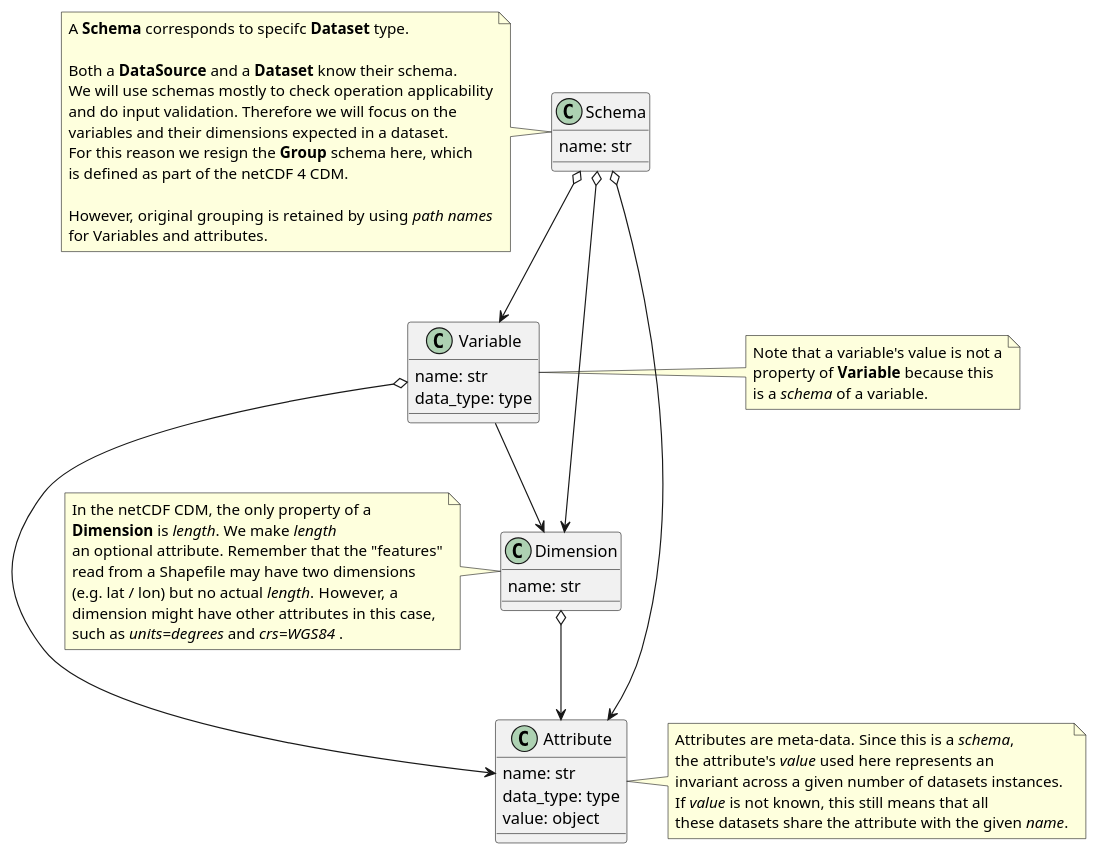
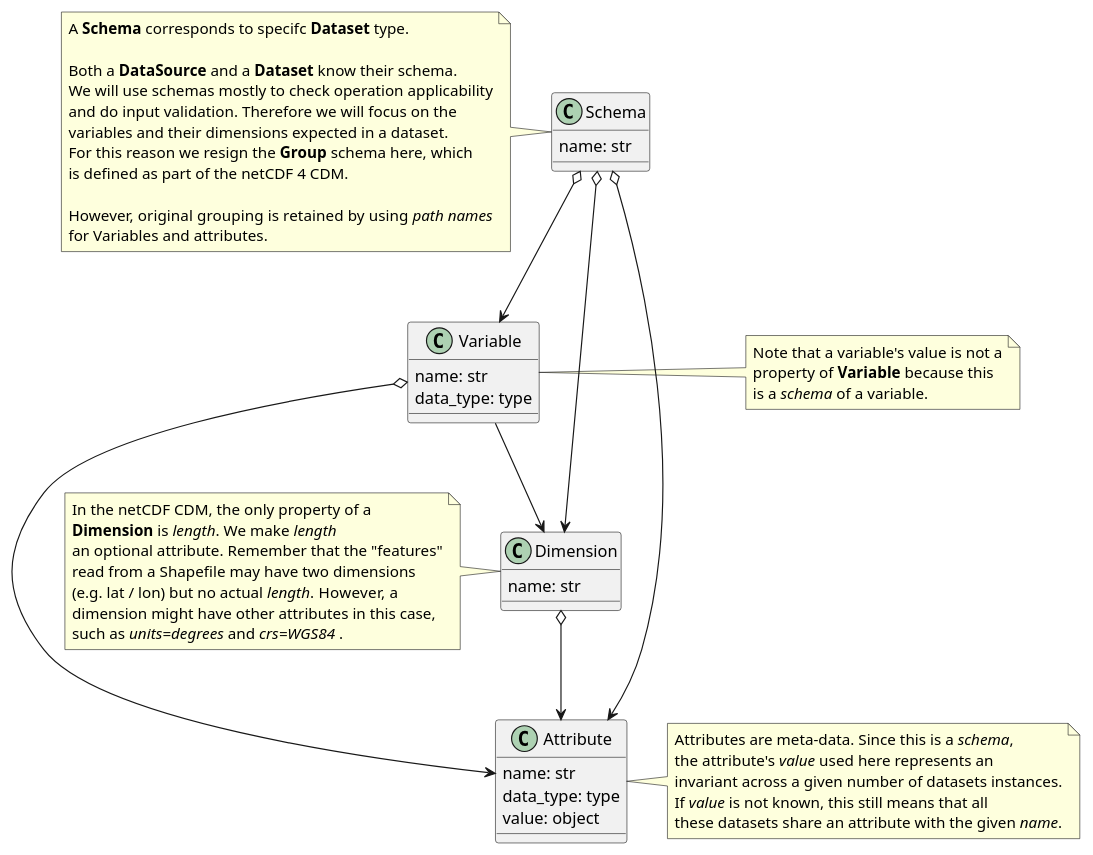
Before and after one commit to CCI-Tools/cate: the diagram in doc/source/uml/cdm_schema.puml, drawn with PlantUML.

Commit message:
Added UML for Schema class

```diff
--- a/doc/source/uml/cdm_schema.puml
+++ b/doc/source/uml/cdm_schema.puml
@@ -1,68 +1,68 @@
 @startuml
 
 class Schema {
     name: str
 }
 
 class Dimension {
     name: str
 }
 
 class Attribute {
     name: str
     data_type: type
     value: object
 }
 
 class Variable {
     name: str
     data_type: type
 }
 
 Schema o--> Variable
 Schema o--> Dimension
 Variable --> Dimension
 Variable o--> Attribute
 Schema o--> Attribute
 Dimension o--> Attribute
 
 
 note left of Schema
 A **Schema** corresponds to specifc **Dataset** type.
 
 Both a **DataSource** and a **Dataset** know their schema.
 We will use schemas mostly to check operation applicability
 and do input validation. Therefore we will focus on the
 variables and their dimensions expected in a dataset.
 For this reason we resign the **Group** schema here, which
 is defined as part of the netCDF 4 CDM.
 
 However, original grouping is retained by using //path names//
 for Variables and attributes.
 end note
 
 note right of Variable
 Note that a variable's value is not a
 property of **Variable** because this
 is a //schema// of a variable.
 end note
 
 note left of Dimension
 In the netCDF CDM, the only property of a
 **Dimension** is //length//. We make //length//
 an optional attribute. Remember that the "features"
 read from a Shapefile may have two dimensions
 (e.g. lat / lon) but no actual //length//. However, a
 dimension might have other attributes in this case,
 such as //units=degrees// and //crs=WGS84// .
 end note
 
 note right of Attribute
 Attributes are meta-data. Since this is a //schema//,
 the attribute's //value// used here represents an
 invariant across a given number of datasets instances.
 If //value// is not known, this still means that all
-these datasets share the attribute with the given //name//.
+these datasets share an attribute with the given //name//.
 end note
 
 @enduml
```
